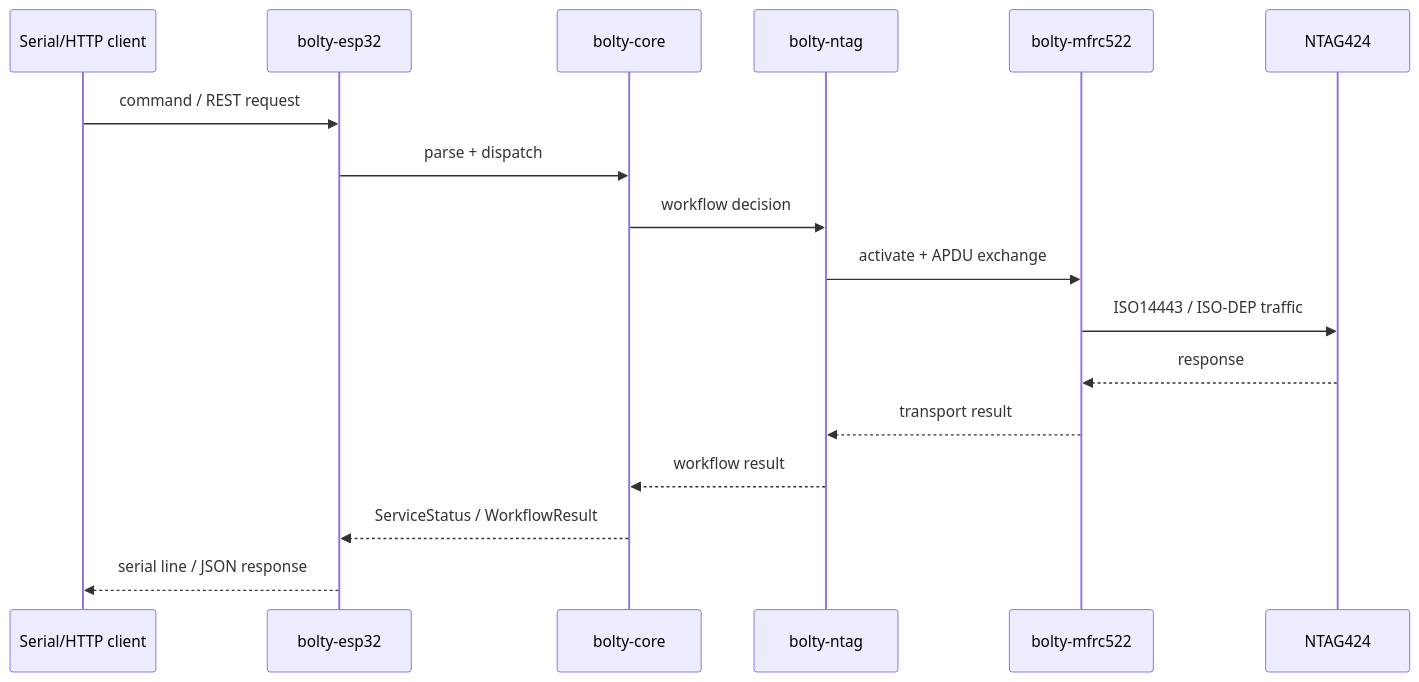
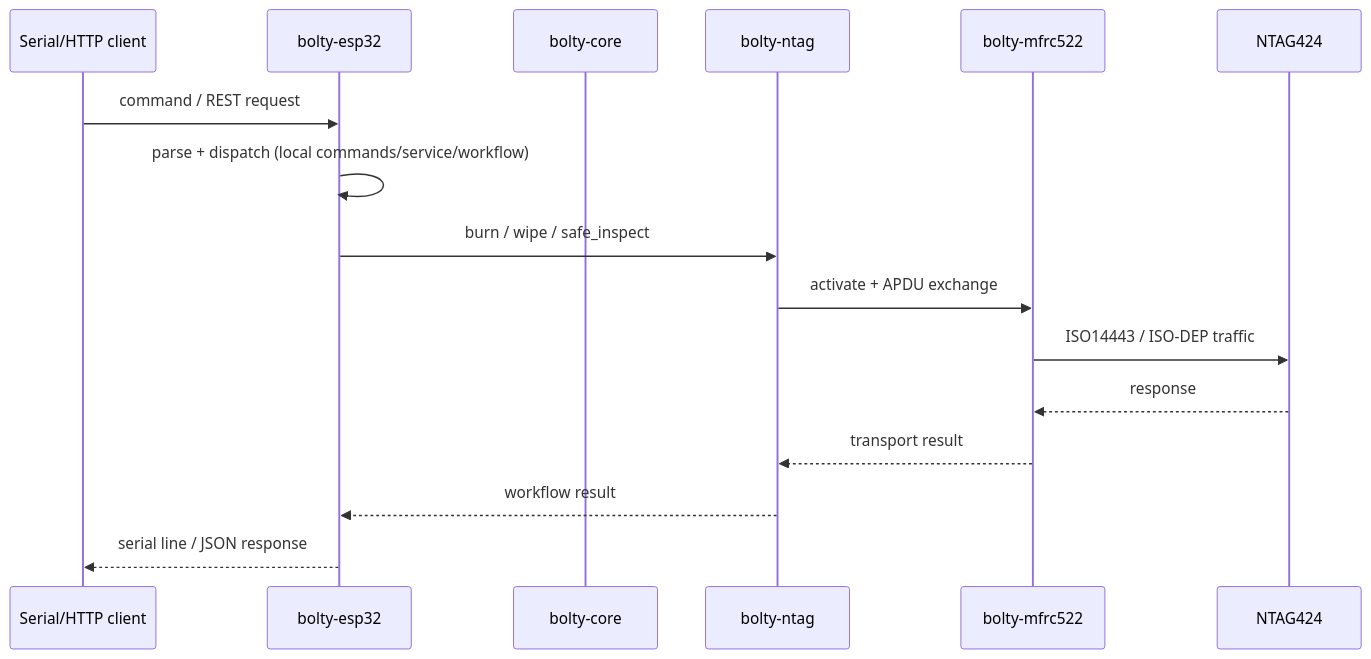
The second of 2 diagrams in docs/architecture.md (Amperstrand/bolty-rs), drawn with Mermaid before and after one commit. The commit also changed other lines of this file and 3 other files, not shown here.

First line of the commit message:
docs: update architecture docs for Phase 1-2 refactoring

````diff
--- a/docs/architecture.md
+++ b/docs/architecture.md
@@ -63,20 +63,19 @@
 ```mermaid
 sequenceDiagram
     participant Host as Serial/HTTP client
     participant App as bolty-esp32
     participant Core as bolty-core
     participant Ntag as bolty-ntag
     participant Reader as bolty-mfrc522
     participant Card as NTAG424
 
     Host->>App: command / REST request
-    App->>Core: parse + dispatch
-    Core->>Ntag: workflow decision
+    App->>App: parse + dispatch (local commands/service/workflow)
+    App->>Ntag: burn / wipe / safe_inspect
     Ntag->>Reader: activate + APDU exchange
     Reader->>Card: ISO14443 / ISO-DEP traffic
     Card-->>Reader: response
     Reader-->>Ntag: transport result
-    Ntag-->>Core: workflow result
-    Core-->>App: ServiceStatus / WorkflowResult
+    Ntag-->>App: workflow result
     App-->>Host: serial line / JSON response
 ```
````
